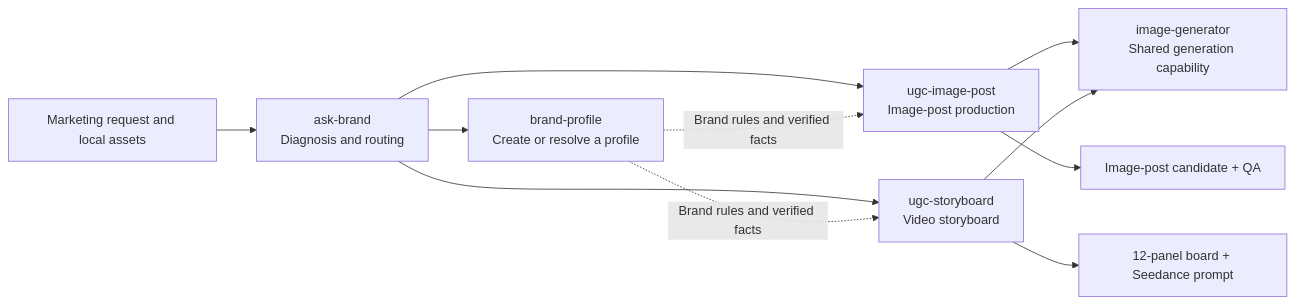
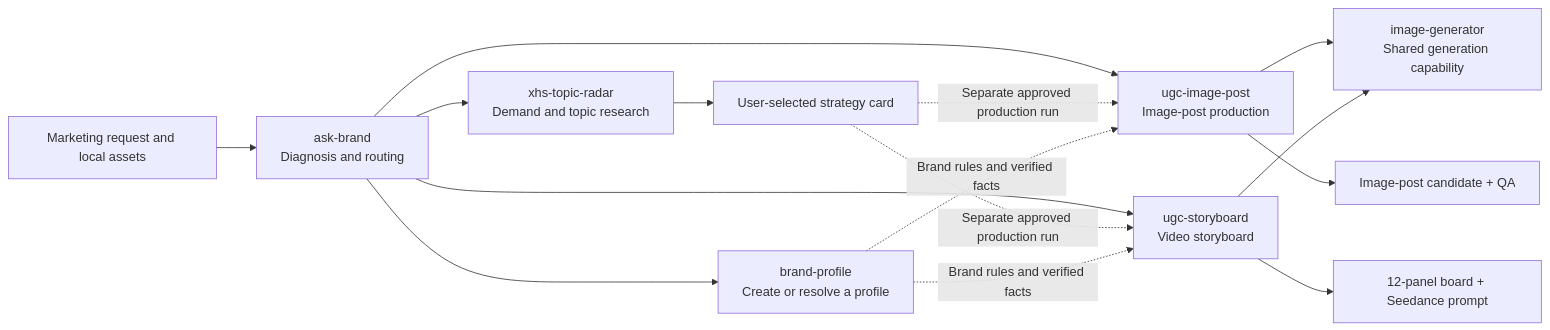
The diagram in README.md (haonan-c/brand-ugc), drawn with Mermaid before and after one commit. The commit also changed other lines of this file and 37 other files, not shown here.

Commit message:
feat: add Xiaohongshu topic radar workflow

````diff
--- a/README.md
+++ b/README.md
@@ -32,13 +33,17 @@
 ```mermaid
 flowchart LR
     U["Marketing request and local assets"] --> A["ask-brand<br/>Diagnosis and routing"]
+    A --> T["xhs-topic-radar<br/>Demand and topic research"]
     A --> P["brand-profile<br/>Create or resolve a profile"]
     A --> I["ugc-image-post<br/>Image-post production"]
     A --> V["ugc-storyboard<br/>Video storyboard"]
+    T --> S["User-selected strategy card"]
+    S -. "Separate approved production run" .-> I
+    S -. "Separate approved production run" .-> V
     P -. "Brand rules and verified facts" .-> I
     P -. "Brand rules and verified facts" .-> V
     I --> G["image-generator<br/>Shared generation capability"]
     V --> G
     I --> DI["Image-post candidate + QA"]
     V --> DV["12-panel board + Seedance prompt"]
 ```
````
